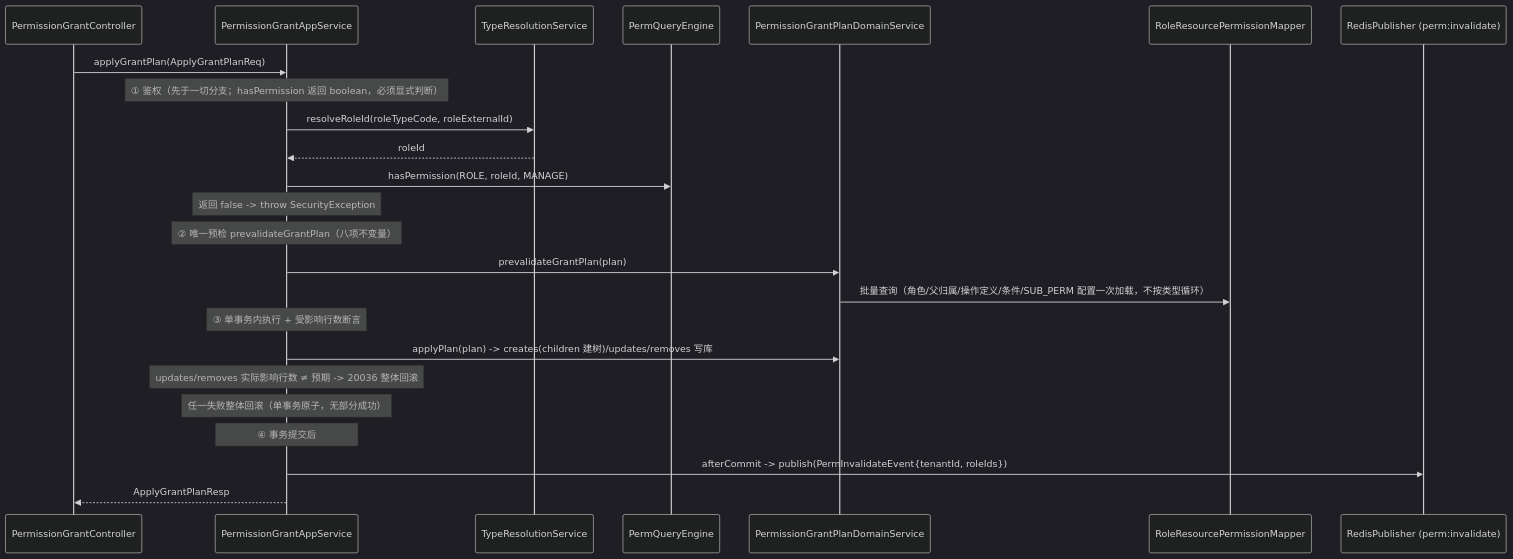
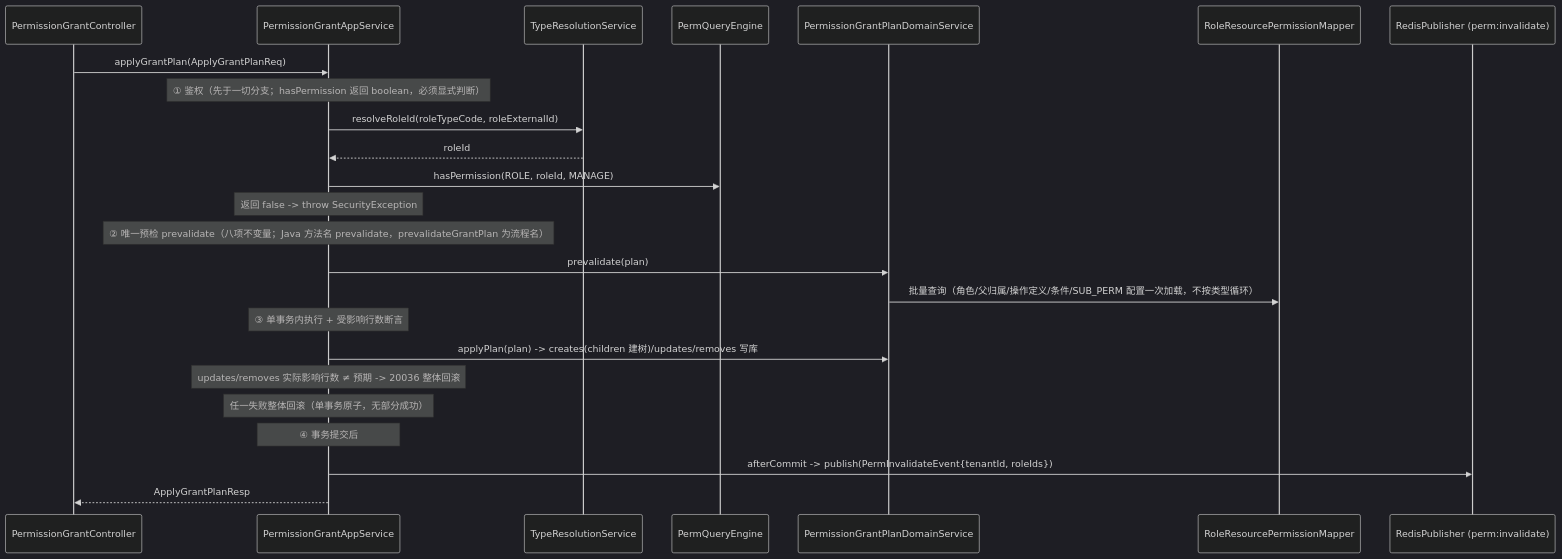
The diagram in docs/design/permission-center/implementation.md (fage-org/Access-Mesh), drawn with Mermaid (dark theme) before and after one commit. The commit also changed other lines of this file and 22 other files, not shown here.

````diff
--- a/docs/design/permission-center/implementation.md
+++ b/docs/design/permission-center/implementation.md
@@ -459,32 +462,32 @@
 ```mermaid
 sequenceDiagram
     participant C as PermissionGrantController
     participant PS as PermissionGrantAppService
     participant TR as TypeResolutionService
     participant ENG as PermQueryEngine
     participant PGD as PermissionGrantPlanDomainService
     participant Mapper as RoleResourcePermissionMapper
     participant PUB as RedisPublisher (perm:invalidate)
 
     C->>PS: applyGrantPlan(ApplyGrantPlanReq)
 
     Note over PS: ① 鉴权（先于一切分支；hasPermission 返回 boolean，必须显式判断）
     PS->>TR: resolveRoleId(roleTypeCode, roleExternalId)
     TR-->>PS: roleId
     PS->>ENG: hasPermission(ROLE, roleId, MANAGE)
     Note over PS: 返回 false -> throw SecurityException
 
-    Note over PS: ② 唯一预检 prevalidateGrantPlan（八项不变量）
-    PS->>PGD: prevalidateGrantPlan(plan)
+    Note over PS: ② 唯一预检 prevalidate（八项不变量；Java 方法名 prevalidate，prevalidateGrantPlan 为流程名）
+    PS->>PGD: prevalidate(plan)
     PGD->>Mapper: 批量查询（角色/父归属/操作定义/条件/SUB_PERM 配置一次加载，不按类型循环）
 
     Note over PS: ③ 单事务内执行 + 受影响行数断言
     PS->>PGD: applyPlan(plan) -> creates(children 建树)/updates/removes 写库
     Note over PS: updates/removes 实际影响行数 ≠ 预期 -> 20036 整体回滚
     Note over PS: 任一失败整体回滚（单事务原子，无部分成功）
 
     Note over PS: ④ 事务提交后
     PS->>PUB: afterCommit -> publish(PermInvalidateEvent{tenantId, roleIds})
 
     PS-->>C: ApplyGrantPlanResp
 ```
````
